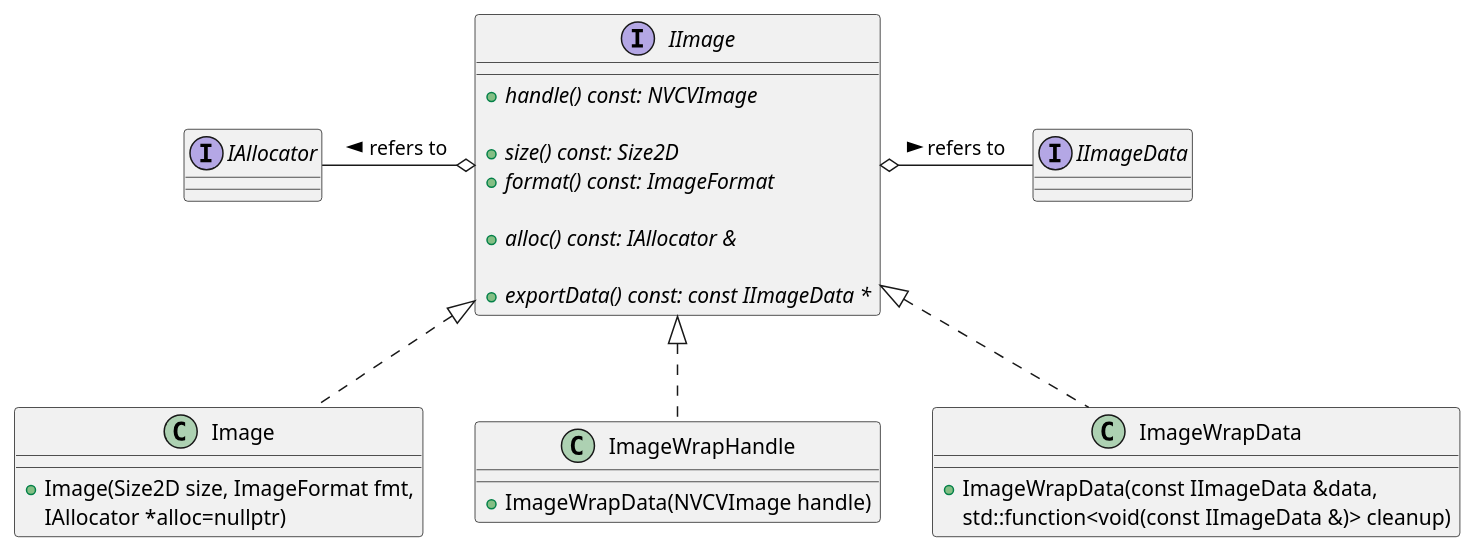
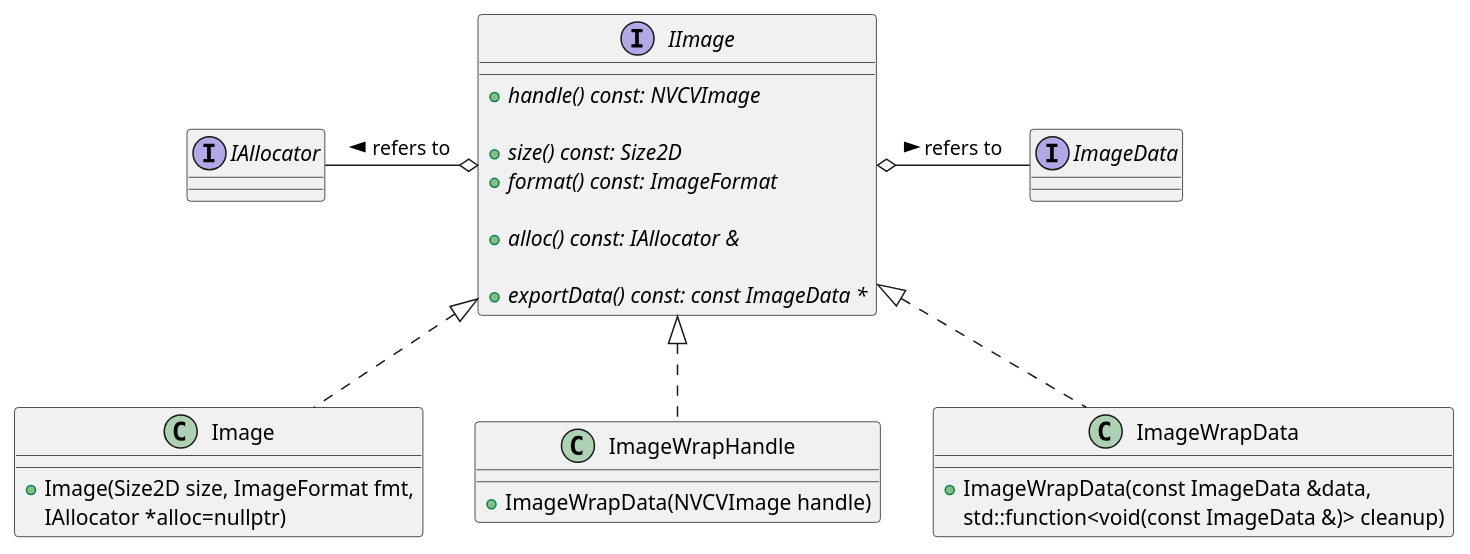
Before and after one commit to JanuszL/CV-CUDA: the diagram in docs/design/image_classes.puml, drawn with PlantUML. The commit also changed other lines of this file and 50 other files, not shown here.

Commit message:
Remove IImageData. Use ImageData by value.

```diff
--- a/docs/design/image_classes.puml
+++ b/docs/design/image_classes.puml
@@ -13,39 +13,39 @@
 @startuml
 
 interface IAllocator
 
-interface IImageData
+interface ImageData
 
 interface IImage
 {
     + {abstract} handle() const: NVCVImage
 
     + {abstract} size() const: Size2D
     + {abstract} format() const: ImageFormat
 
     + {abstract} alloc() const: IAllocator &
 
-    + {abstract} exportData() const: const IImageData *
+    + {abstract} exportData() const: const ImageData *
 }
 
 IAllocator -right-o IImage: refers to <
-IImageData -left-o IImage: refers to <
+ImageData -left-o IImage: refers to <
 
 class Image implements IImage
 {
     + Image(Size2D size, ImageFormat fmt,
             IAllocator *alloc=nullptr)
 }
 
 class ImageWrapHandle implements IImage
 {
     + ImageWrapData(NVCVImage handle)
 }
 
 class ImageWrapData implements IImage
 {
-    + ImageWrapData(const IImageData &data,
-                    std::function<void(const IImageData &)> cleanup)
+    + ImageWrapData(const ImageData &data,
+                    std::function<void(const ImageData &)> cleanup)
 }
 
 @enduml
```
